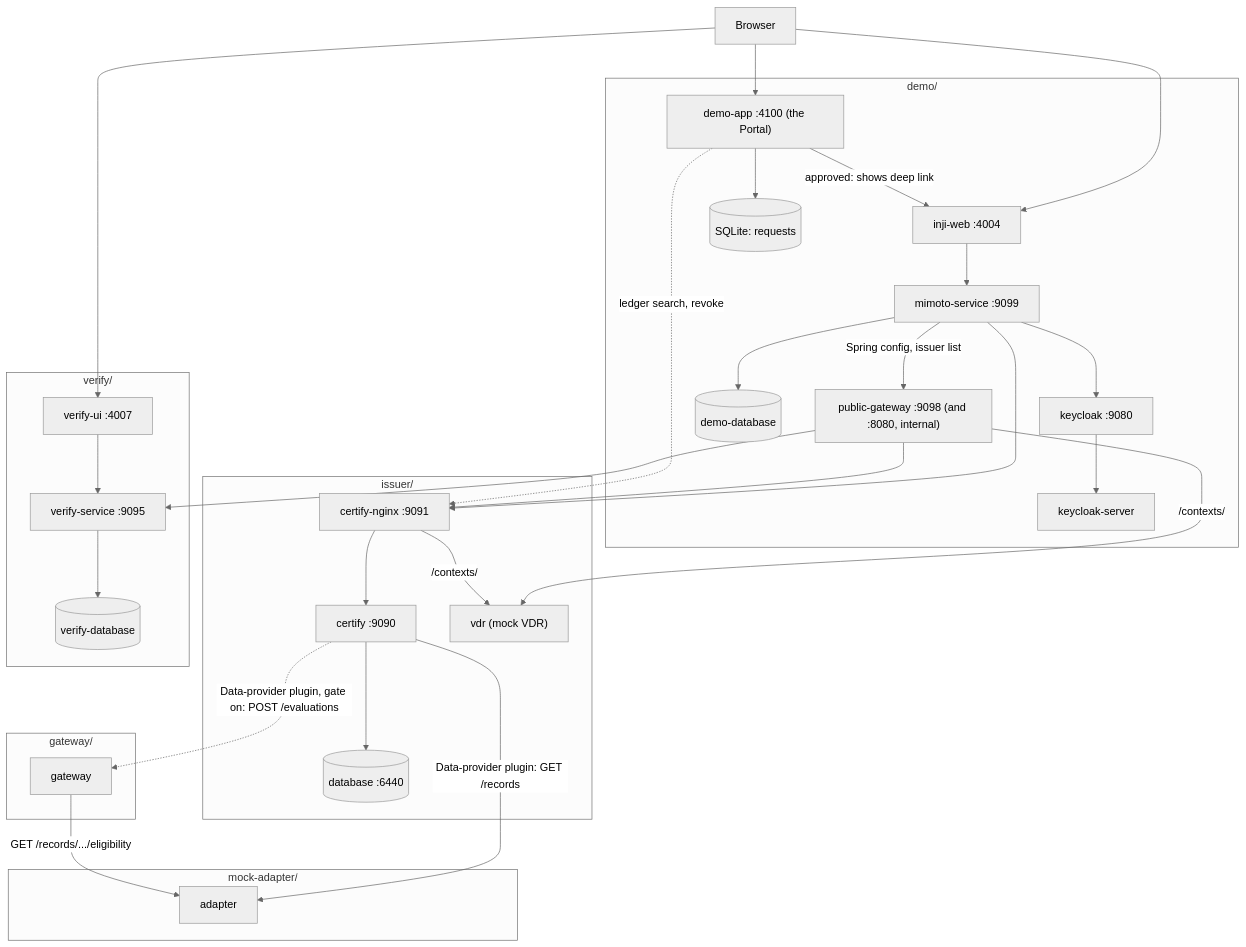
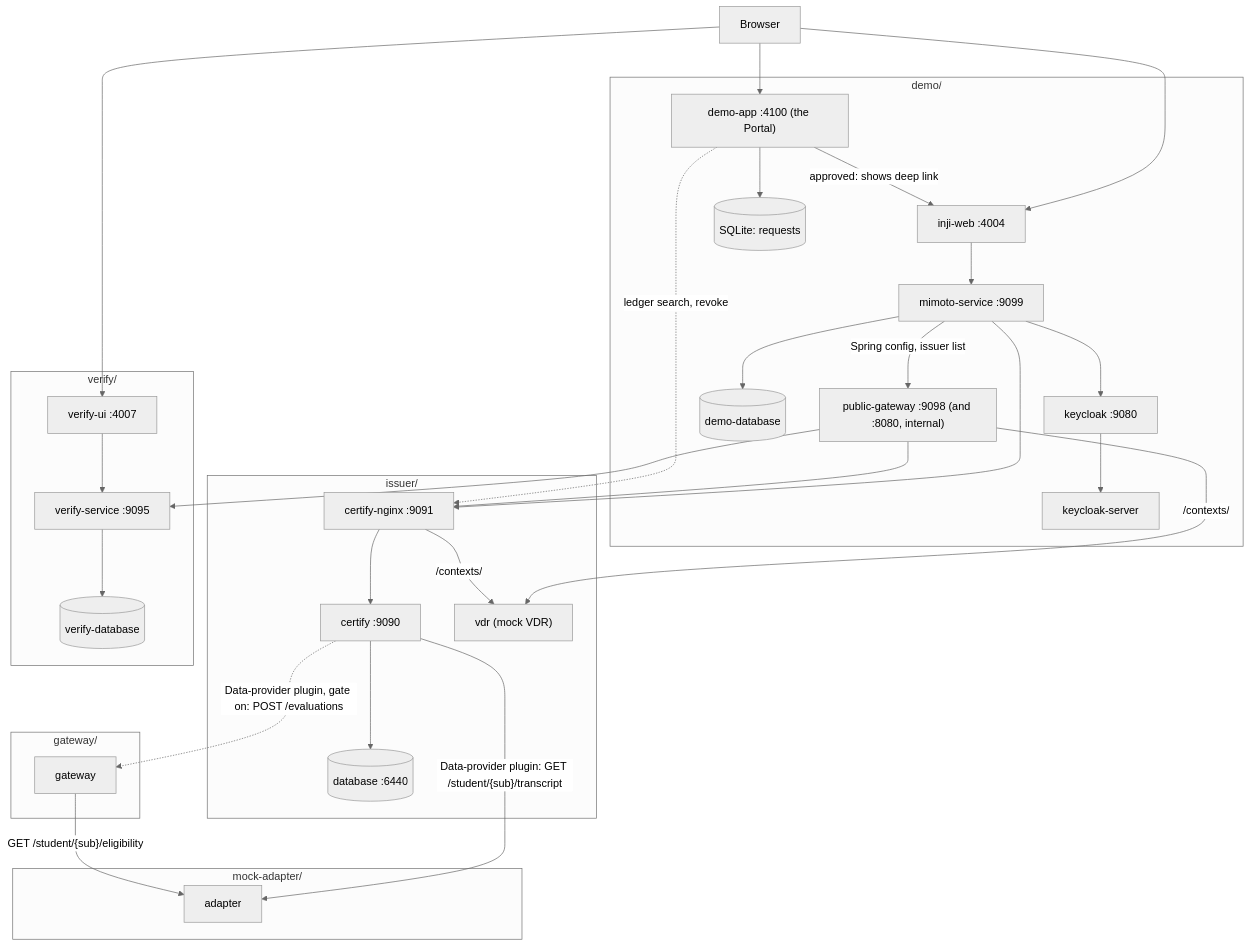
The diagram in wiki/architecture/vc-stack.md (mosip-asia/ait-transcript), drawn with Mermaid (neutral theme) before and after one commit. The commit also changed 7 other files, not shown here.

````diff
--- a/wiki/architecture/vc-stack.md
+++ b/wiki/architecture/vc-stack.md
@@ -14,43 +14,43 @@
 ```mermaid
 flowchart TD
   Browser["Browser"] --> DemoApp
   Browser --> Web
   Browser --> VerifyUI
 
   subgraph demo["demo/"]
     DemoApp["demo-app :4100 (the Portal)"] -->|approved: shows deep link| Web["inji-web :4004"]
     Web --> Mimoto["mimoto-service :9099"]
     Mimoto --> KeycloakNginx["keycloak :9080"] --> Keycloak["keycloak-server"]
     Mimoto --> DemoDB[("demo-database")]
     Mimoto -->|Spring config, issuer list| PublicGateway["public-gateway :9098 (and :8080, internal)"]
     DemoApp --> SQLite[("SQLite: requests")]
   end
 
   subgraph issuer["issuer/"]
     CertifyNginx["certify-nginx :9091"] --> Certify["certify :9090"]
     Certify --> DB[("database :6440")]
     VDR["vdr (mock VDR)"]
   end
 
   subgraph gateway["gateway/"]
     Gateway["gateway"]
   end
 
   subgraph mockadapter["mock-adapter/"]
     Adapter["adapter"]
   end
 
   subgraph verify["verify/"]
     VerifyUI["verify-ui :4007"] --> VerifyAPI["verify-service :9095"] --> VerifyDB[("verify-database")]
   end
 
   Mimoto --> CertifyNginx
-  Certify -->|"Data-provider plugin: GET /records"| Adapter
+  Certify -->|"Data-provider plugin: GET /student/{sub}/transcript"| Adapter
   Certify -.->|"Data-provider plugin, gate on: POST /evaluations"| Gateway
-  Gateway -->|"GET /records/.../eligibility"| Adapter
+  Gateway -->|"GET /student/{sub}/eligibility"| Adapter
   PublicGateway -->|/contexts/| VDR
   CertifyNginx -->|/contexts/| VDR
   PublicGateway --> CertifyNginx
   PublicGateway --> VerifyAPI
   DemoApp -.->|ledger search, revoke| CertifyNginx
 ```
````
